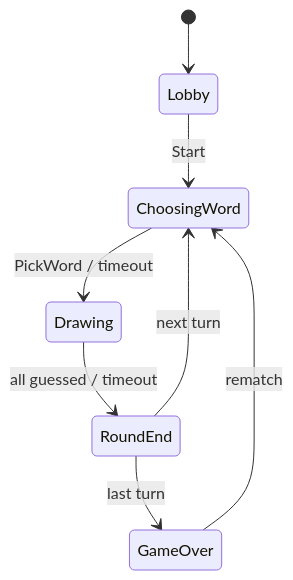
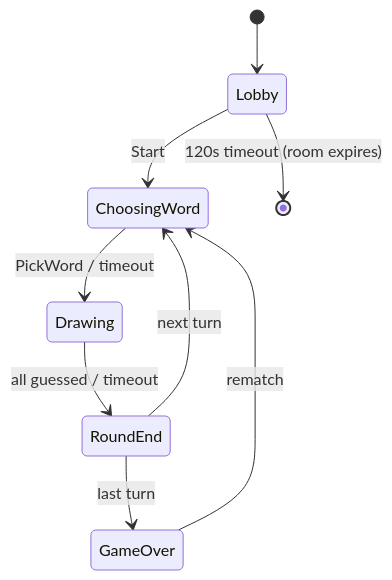
Before and after one commit to pixperk/pastel: the diagram in README.md, drawn with Mermaid. The commit also changed other lines of this file, not shown here.

Commit message:
readme: hero with architecture diagram, nested features, voice + room lifecycle docs, production load test write-up with positives and what's next

````diff
--- a/README.md
+++ b/README.md
@@ -139,10 +175,11 @@
 ```mermaid
 stateDiagram-v2
     [*] --> Lobby
     Lobby --> ChoosingWord: Start
+    Lobby --> [*]: 120s timeout (room expires)
     ChoosingWord --> Drawing: PickWord / timeout
     Drawing --> RoundEnd: all guessed / timeout
     RoundEnd --> ChoosingWord: next turn
     RoundEnd --> GameOver: last turn
     GameOver --> ChoosingWord: rematch
 ```
````
